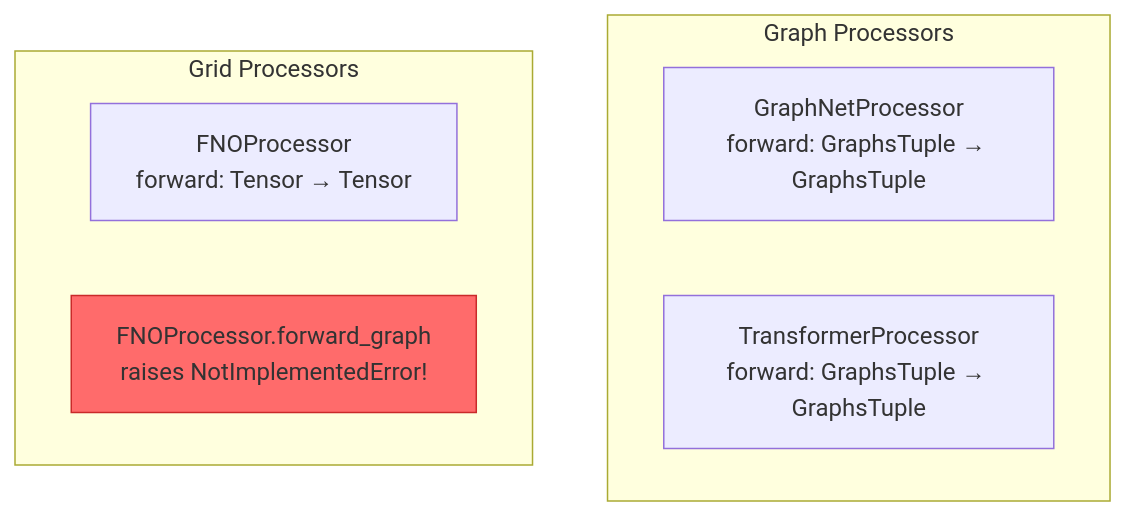
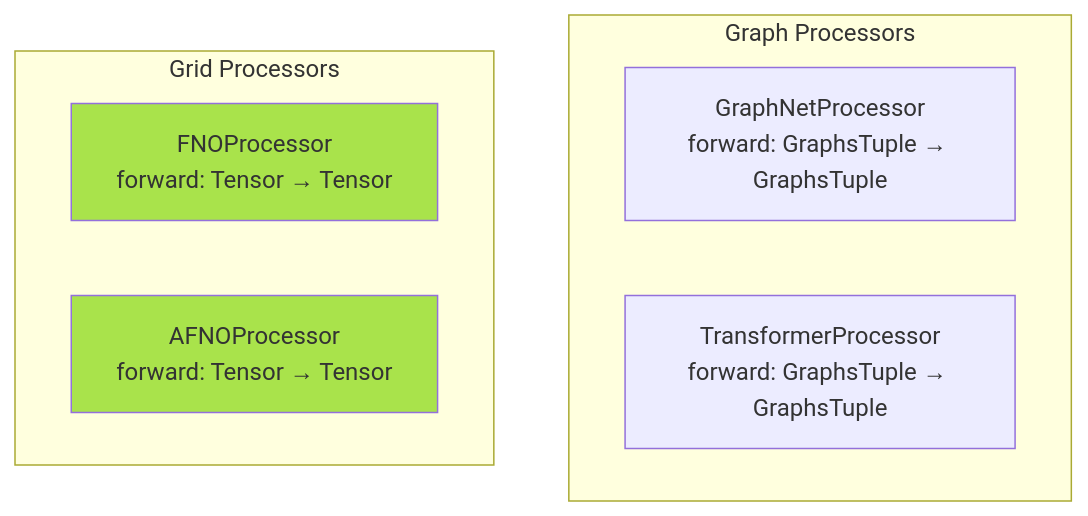
One commit to algorithmx/gnn_pde_v2 changed the ninth of 10 diagrams in docs/architecture-dependencies.md. Above: the diagram before and after it, drawn with Mermaid. The commit also changed other lines of this file and 10 other files, not shown here.

````diff
--- a/docs/architecture-dependencies.md
+++ b/docs/architecture-dependencies.md
@@ -311,14 +330,15 @@
 ```mermaid
 graph TD
     subgraph "Graph Processors"
         GNP[GraphNetProcessor<br/>forward: GraphsTuple → GraphsTuple]
         TP[TransformerProcessor<br/>forward: GraphsTuple → GraphsTuple]
     end
 
     subgraph "Grid Processors"
         FNOP[FNOProcessor<br/>forward: Tensor → Tensor]
-        FNOP_G[FNOProcessor.forward_graph<br/>raises NotImplementedError!]
+        AFNOP[AFNOProcessor<br/>forward: Tensor → Tensor]
     end
 
-    style FNOP_G fill:#ff6b6b,stroke:#c92a2a
+    style FNOP fill:#a9e34b
+    style AFNOP fill:#a9e34b
 ```
````
